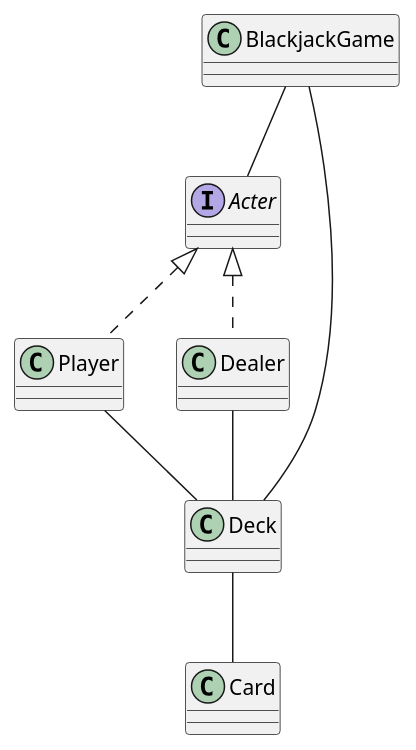
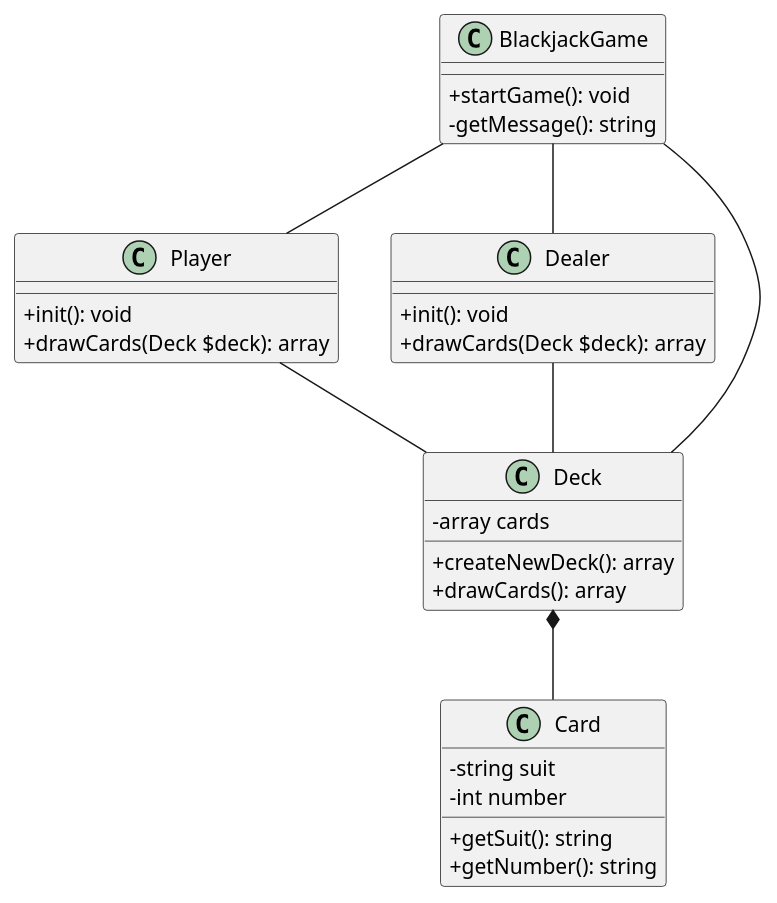
The diagram in uml/class.pu (mariko-mr/blackjack), drawn with PlantUML before and after one commit. The commit also changed 1 other file, not shown here.

```diff
--- a/uml/class.pu
+++ b/uml/class.pu
@@ -1,31 +1,40 @@
 @startuml blackjack
 
-BlackjackGame -- Acter
+BlackjackGame -- Player
+BlackjackGame -- Dealer
 BlackjackGame -- Deck
-Acter <|.. Player
-Acter <|.. Dealer
 Player -- Deck
 Dealer -- Deck
-Deck -- Card
+Deck *-- Card
 
 skinparam classAttributeIconSize 0
 
 class BlackjackGame {
-}
-
-interface Acter {
+    +startGame(): void
+    -getMessage(): string
 }
 
 class Player {
+    +init(): void
+    +drawCards(Deck $deck): array
 }
 
 class Dealer {
+    +init(): void
+    +drawCards(Deck $deck): array
 }
 
 class Deck {
+    -array cards
+    +createNewDeck(): array
+    +drawCards(): array
 }
 
 class Card {
+    -string suit
+    -int number
+    +getSuit(): string
+    +getNumber(): string
 }
 
 @enduml
```
